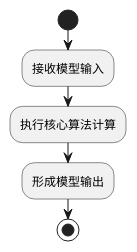
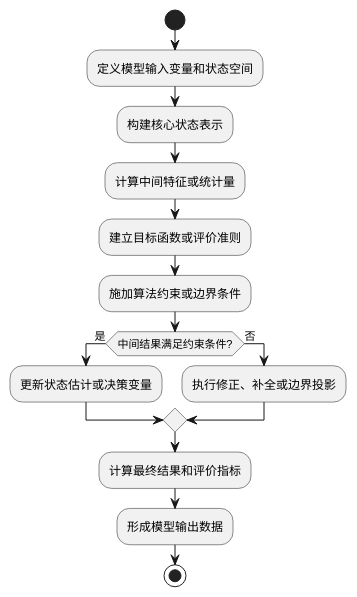
One commit to jexxl/ats-skills changed the diagram in ats-algorithm-doc-generation/template/docs/{算法编号}_原始实验运行数据及测试报告.md. Above: the diagram before and after it, drawn with PlantUML. The commit also changed other lines of this file and 1 other file, not shown here.

Commit message:
Update ATS doc generation report guidance

````diff
--- a/ats-algorithm-doc-generation/template/docs/{算法编号}_原始实验运行数据及测试报告.md
+++ b/ats-algorithm-doc-generation/template/docs/{算法编号}_原始实验运行数据及测试报告.md
@@ -52,9 +54,18 @@
 ```plantuml
 @startuml
 start
-:接收模型输入;
-:执行核心算法计算;
-:形成模型输出;
+:定义模型输入变量和状态空间;
+:构建核心状态表示;
+:计算中间特征或统计量;
+:建立目标函数或评价准则;
+:施加算法约束或边界条件;
+if (中间结果满足约束条件?) then (是)
+  :更新状态估计或决策变量;
+else (否)
+  :执行修正、补全或边界投影;
+endif
+:计算最终结果和评价指标;
+:形成模型输出数据;
 stop
 @enduml
 ```
````
